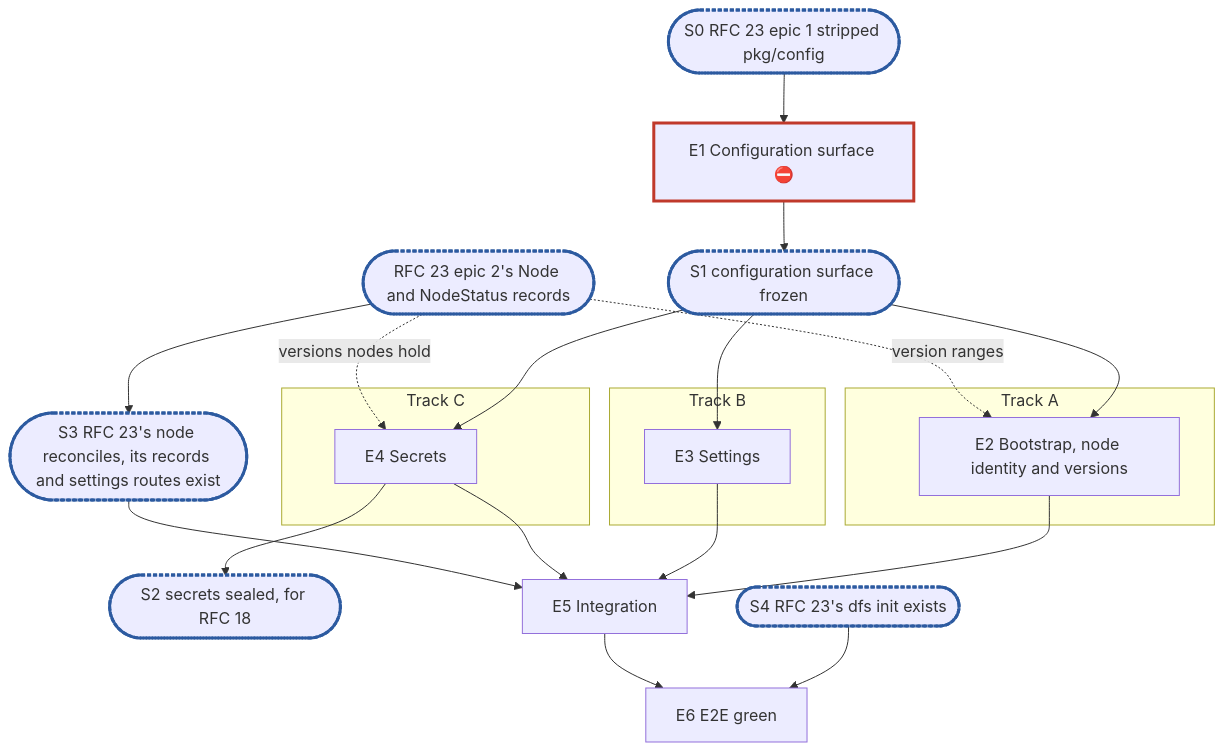
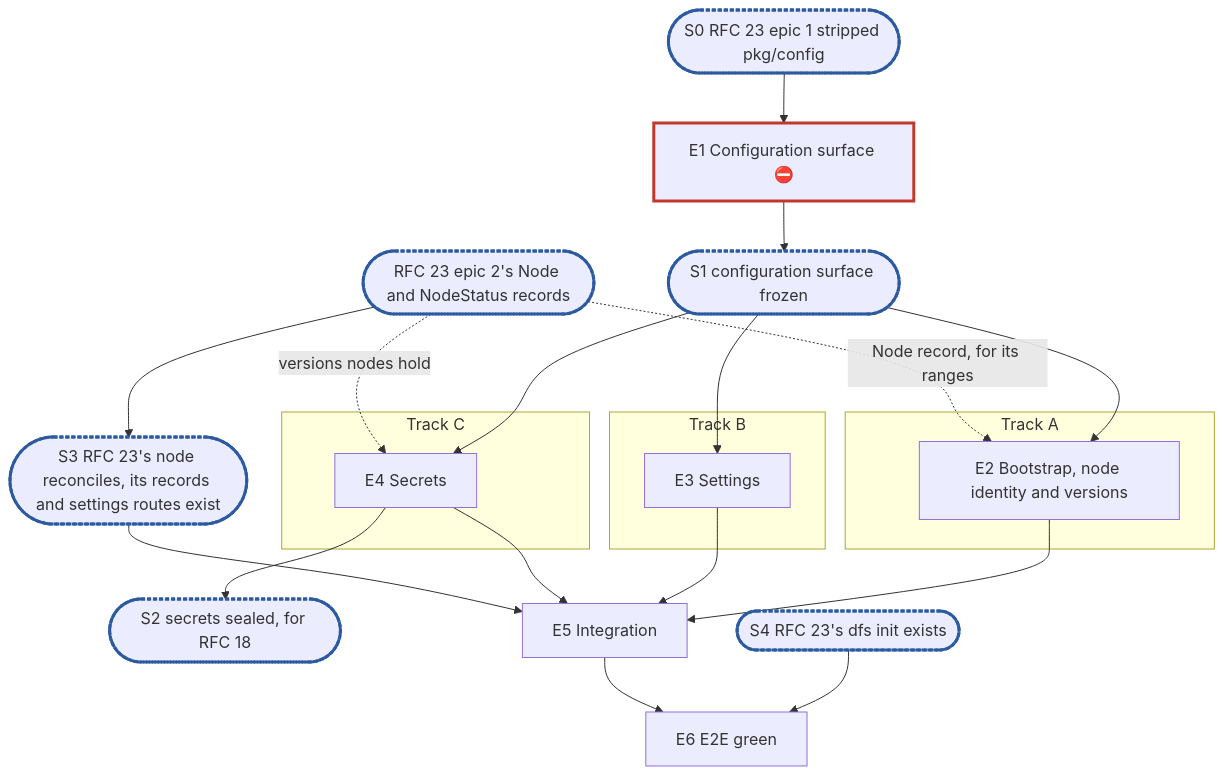
One commit to cubbit/dittofs changed the diagram in docs/internals/planning/rfc-13-config-plan.md. Above: the diagram before and after it, drawn with Mermaid. The commit also changed other lines of this file, not shown here.

````diff
--- a/docs/internals/planning/rfc-13-config-plan.md
+++ b/docs/internals/planning/rfc-13-config-plan.md
@@ -269,27 +279,27 @@
 ```mermaid
 flowchart TD
   X0(["S0 RFC 23 epic 1 stripped pkg/config"]):::sync --> E1["E1 Configuration surface ⛔"]:::blocker
   E1 --> S1(["S1 configuration surface frozen"]):::sync
   subgraph A["Track A"]
     E2["E2 Bootstrap, node identity and versions"]
   end
   subgraph B["Track B"]
     E3["E3 Settings"]
   end
   subgraph C["Track C"]
     E4["E4 Secrets"]
   end
   S1 --> E2 & E3 & E4
   R2(["RFC 23 epic 2's Node and NodeStatus records"]):::sync
-  R2 -. "version ranges" .-> E2
+  R2 -. "Node record, for its ranges" .-> E2
   R2 -. "versions nodes hold" .-> E4
   E4 --> S2(["S2 secrets sealed, for RFC 18"]):::sync
   S3(["S3 RFC 23's node reconciles, its records and settings routes exist"]):::sync
   R2 --> S3
   E2 & E3 & E4 --> E5["E5 Integration"]
   S3 --> E5
   S4(["S4 RFC 23's dfs init exists"]):::sync --> E6["E6 E2E green"]
   E5 --> E6
   classDef blocker stroke:#c0392b,stroke-width:3px
   classDef sync stroke:#2c5aa0,stroke-width:3px,stroke-dasharray:4 2
 ```
````
